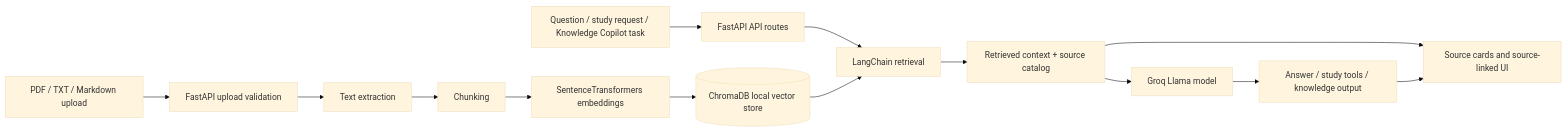
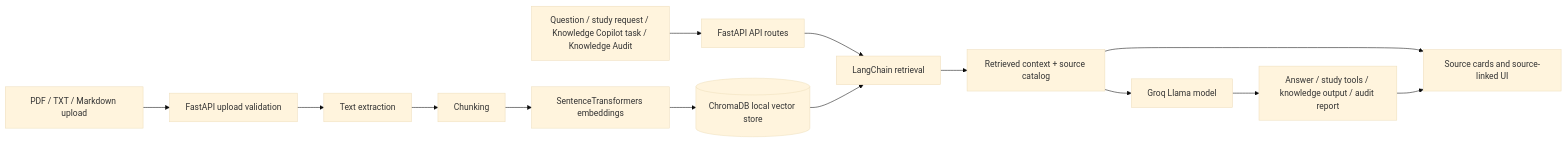
Before and after one commit to berna-ahito/kroma: the diagram in README.md, drawn with Mermaid (base theme). The commit also changed other lines of this file, not shown here.

Commit message:
docs: update README for Knowledge Audit

````diff
--- a/README.md
+++ b/README.md
@@ -69,17 +72,17 @@
 ```mermaid
 flowchart LR
     A[PDF / TXT / Markdown upload] --> B[FastAPI upload validation]
     B --> C[Text extraction]
     C --> D[Chunking]
     D --> E[SentenceTransformers embeddings]
     E --> F[(ChromaDB local vector store)]
 
-    G[Question / study request / Knowledge Copilot task] --> H[FastAPI API routes]
+    G[Question / study request / Knowledge Copilot task / Knowledge Audit] --> H[FastAPI API routes]
     H --> I[LangChain retrieval]
     F --> I
     I --> J[Retrieved context + source catalog]
     J --> K[Groq Llama model]
-    K --> L[Answer / study tools / knowledge output]
+    K --> L[Answer / study tools / knowledge output / audit report]
     J --> M[Source cards and source-linked UI]
     L --> M
 ```
````
